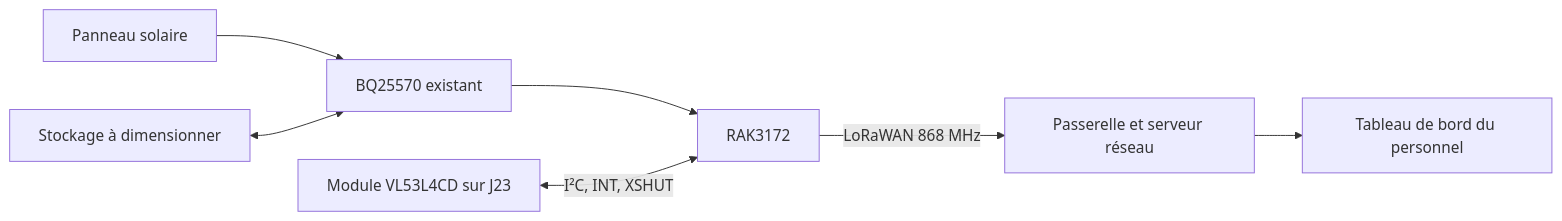
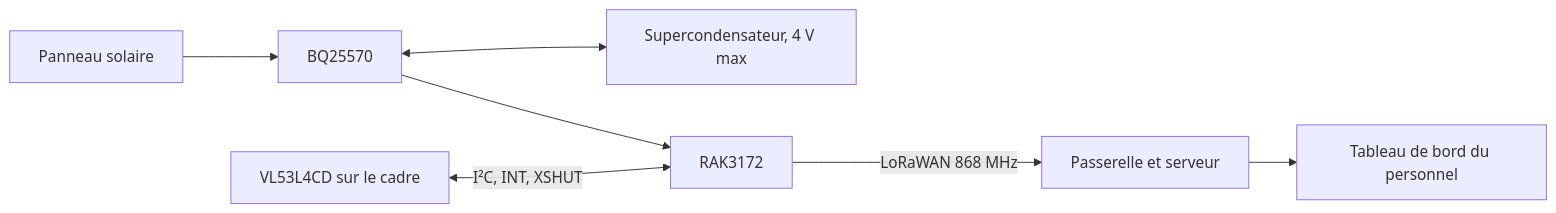
Before and after one commit to amirabouraoui01-stack/EDU_RAK_2026: the diagram in README.md, drawn with Mermaid. The commit also changed other lines of this file and 61 other files, not shown here.

````diff
--- a/README.md
+++ b/README.md
@@ -38,9 +44,9 @@
 ```mermaid
 flowchart LR
-  P[Panneau solaire] --> B[BQ25570 existant]
-  S[Stockage à dimensionner] <--> B
+  S[Panneau solaire] --> B[BQ25570]
+  B <--> C[Supercondensateur, 4 V max]
   B --> R[RAK3172]
-  C[Module VL53L4CD sur J23] <-->|I²C, INT, XSHUT| R
-  R -->|LoRaWAN 868 MHz| G[Passerelle et serveur réseau]
+  I[VL53L4CD sur le cadre] <-->|I²C, INT, XSHUT| R
+  R -->|LoRaWAN 868 MHz| G[Passerelle et serveur]
   G --> T[Tableau de bord du personnel]
 ```
````
